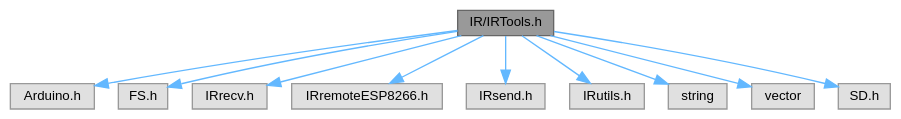
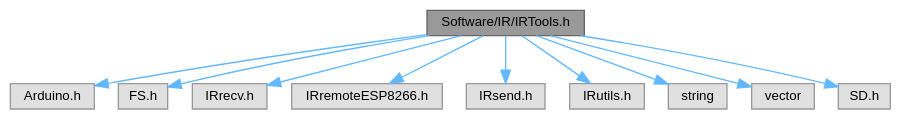
One commit to Jonathan-0101/skeletonKey changed the diagram in IR_2IRTools_8h__incl.dot. Above: the diagram before and after it, drawn with Graphviz. The commit also changed 57 other files, not shown here.

```diff
--- a/IR_2IRTools_8h__incl.dot
+++ b/IR_2IRTools_8h__incl.dot
@@ -1,26 +1,26 @@
-digraph "IR/IRTools.h"
+digraph "Software/IR/IRTools.h"
 {
  // LATEX_PDF_SIZE
   bgcolor="transparent";
   edge [fontname=Helvetica,fontsize=10,labelfontname=Helvetica,labelfontsize=10];
   node [fontname=Helvetica,fontsize=10,shape=box,height=0.2,width=0.4];
-  Node1 [id="Node000001",label="IR/IRTools.h",height=0.2,width=0.4,color="gray40", fillcolor="grey60", style="filled", fontcolor="black",tooltip="Library for IR attack tools."];
+  Node1 [id="Node000001",label="Software/IR/IRTools.h",height=0.2,width=0.4,color="gray40", fillcolor="grey60", style="filled", fontcolor="black",tooltip="Library for IR attack tools."];
   Node1 -> Node2 [id="edge1_Node000001_Node000002",color="steelblue1",style="solid",tooltip=" "];
   Node2 [id="Node000002",label="Arduino.h",height=0.2,width=0.4,color="grey60", fillcolor="#E0E0E0", style="filled",tooltip=" "];
   Node1 -> Node3 [id="edge2_Node000001_Node000003",color="steelblue1",style="solid",tooltip=" "];
   Node3 [id="Node000003",label="FS.h",height=0.2,width=0.4,color="grey60", fillcolor="#E0E0E0", style="filled",tooltip=" "];
   Node1 -> Node4 [id="edge3_Node000001_Node000004",color="steelblue1",style="solid",tooltip=" "];
   Node4 [id="Node000004",label="IRrecv.h",height=0.2,width=0.4,color="grey60", fillcolor="#E0E0E0", style="filled",tooltip=" "];
   Node1 -> Node5 [id="edge4_Node000001_Node000005",color="steelblue1",style="solid",tooltip=" "];
   Node5 [id="Node000005",label="IRremoteESP8266.h",height=0.2,width=0.4,color="grey60", fillcolor="#E0E0E0", style="filled",tooltip=" "];
   Node1 -> Node6 [id="edge5_Node000001_Node000006",color="steelblue1",style="solid",tooltip=" "];
   Node6 [id="Node000006",label="IRsend.h",height=0.2,width=0.4,color="grey60", fillcolor="#E0E0E0", style="filled",tooltip=" "];
   Node1 -> Node7 [id="edge6_Node000001_Node000007",color="steelblue1",style="solid",tooltip=" "];
   Node7 [id="Node000007",label="IRutils.h",height=0.2,width=0.4,color="grey60", fillcolor="#E0E0E0", style="filled",tooltip=" "];
   Node1 -> Node8 [id="edge7_Node000001_Node000008",color="steelblue1",style="solid",tooltip=" "];
   Node8 [id="Node000008",label="string",height=0.2,width=0.4,color="grey60", fillcolor="#E0E0E0", style="filled",tooltip=" "];
   Node1 -> Node9 [id="edge8_Node000001_Node000009",color="steelblue1",style="solid",tooltip=" "];
   Node9 [id="Node000009",label="vector",height=0.2,width=0.4,color="grey60", fillcolor="#E0E0E0", style="filled",tooltip=" "];
   Node1 -> Node10 [id="edge9_Node000001_Node000010",color="steelblue1",style="solid",tooltip=" "];
   Node10 [id="Node000010",label="SD.h",height=0.2,width=0.4,color="grey60", fillcolor="#E0E0E0", style="filled",tooltip=" "];
 }
```
